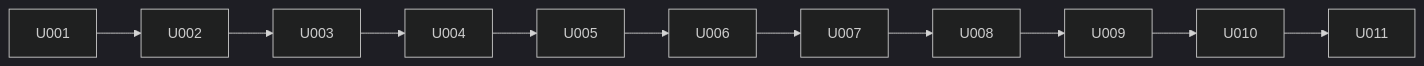
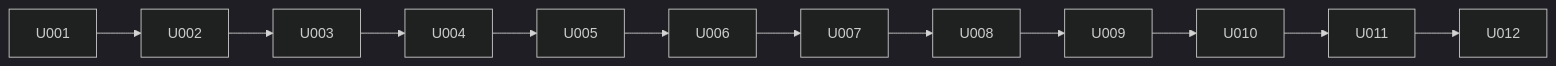
One commit to kagyuu/DbFAQ changed the diagram in docs/P005-impl-plan.md. Above: the diagram before and after it, drawn with Mermaid (dark theme). The commit also changed other lines of this file and 70 other files, not shown here.

````diff
--- a/docs/P005-impl-plan.md
+++ b/docs/P005-impl-plan.md
@@ -165,4 +178,4 @@
 ```mermaid
 flowchart LR
-  U001 --> U002 --> U003 --> U004 --> U005 --> U006 --> U007 --> U008 --> U009 --> U010 --> U011
+  U001 --> U002 --> U003 --> U004 --> U005 --> U006 --> U007 --> U008 --> U009 --> U010 --> U011 --> U012
 ```
````
